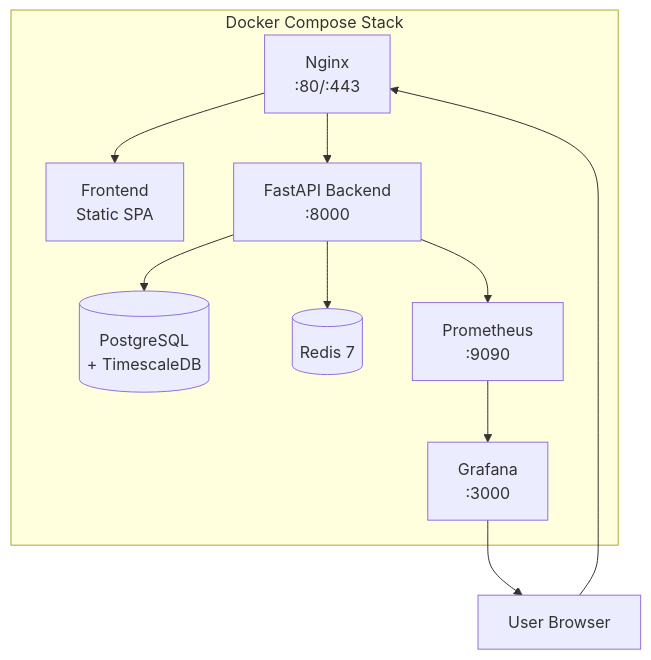
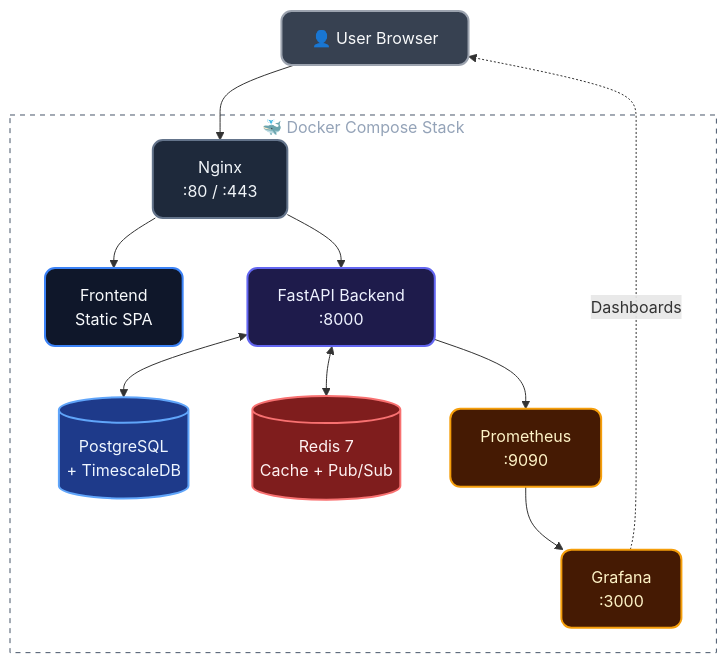
One commit to VIVEK-MARRI/IntelliLog-AI changed the sixth of 8 diagrams in README.md. Above: the diagram before and after it, drawn with Mermaid. The commit also changed other lines of this file and 46 other files, not shown here.

Commit message:
docs: publish project documentation suite with premium architecture diagrams

````diff
--- a/README.md
+++ b/README.md
@@ -308,21 +369,35 @@
 ```mermaid
 flowchart TB
-  subgraph Docker[Docker Compose Stack]
-    N[Nginx<br/>:80/:443]
-    FE[Frontend<br/>Static SPA]
-    BE[FastAPI Backend<br/>:8000]
-    PG[(PostgreSQL<br/>+ TimescaleDB)]
-    RD[(Redis 7)]
-    PR[Prometheus<br/>:9090]
-    GR[Grafana<br/>:3000]
-  end
+    %% Premium Deployment Styling
+    classDef edge fill:#1E293B,stroke:#64748B,stroke-width:2px,color:#F1F5F9,rx:10,ry:10
+    classDef ui fill:#0F172A,stroke:#3B82F6,stroke-width:2px,color:#F8FAFC,rx:10,ry:10
+    classDef api fill:#1E1B4B,stroke:#6366F1,stroke-width:2px,color:#EEF2FF,rx:10,ry:10
+    classDef db fill:#1E3A8A,stroke:#60A5FA,stroke-width:2px,color:#EFF6FF,rx:10,ry:10
+    classDef cache fill:#7F1D1D,stroke:#F87171,stroke-width:2px,color:#FEF2F2,rx:10,ry:10
+    classDef obs fill:#451A03,stroke:#F59E0B,stroke-width:2px,color:#FEF3C7,rx:10,ry:10
+    classDef user fill:#374151,stroke:#9CA3AF,stroke-width:2px,color:#F9FAFB,rx:10,ry:10
+    classDef cluster fill:none,stroke:#475569,stroke-width:1px,stroke-dasharray:5 5,color:#94A3B8
 
-  U[User Browser] --> N
-  N --> FE
-  N --> BE
-  BE --> PG
-  BE --> RD
-  BE --> PR
-  PR --> GR
-  GR --> U
+    USER["👤 User Browser"]:::user
+
+    subgraph DockerStack["🐳 Docker Compose Stack"]
+        N["Nginx<br/>:80 / :443"]:::edge
+        FE["Frontend<br/>Static SPA"]:::ui
+        BE["FastAPI Backend<br/>:8000"]:::api
+        PG[("PostgreSQL<br/>+ TimescaleDB")]:::db
+        RD[("Redis 7<br/>Cache + Pub/Sub")]:::cache
+        PR["Prometheus<br/>:9090"]:::obs
+        GR["Grafana<br/>:3000"]:::obs
+    end
+
+    USER --> N
+    N --> FE
+    N --> BE
+    BE <--> PG
+    BE <--> RD
+    BE --> PR
+    PR --> GR
+    GR -.->|Dashboards| USER
+
+    class DockerStack cluster
 ```
````
